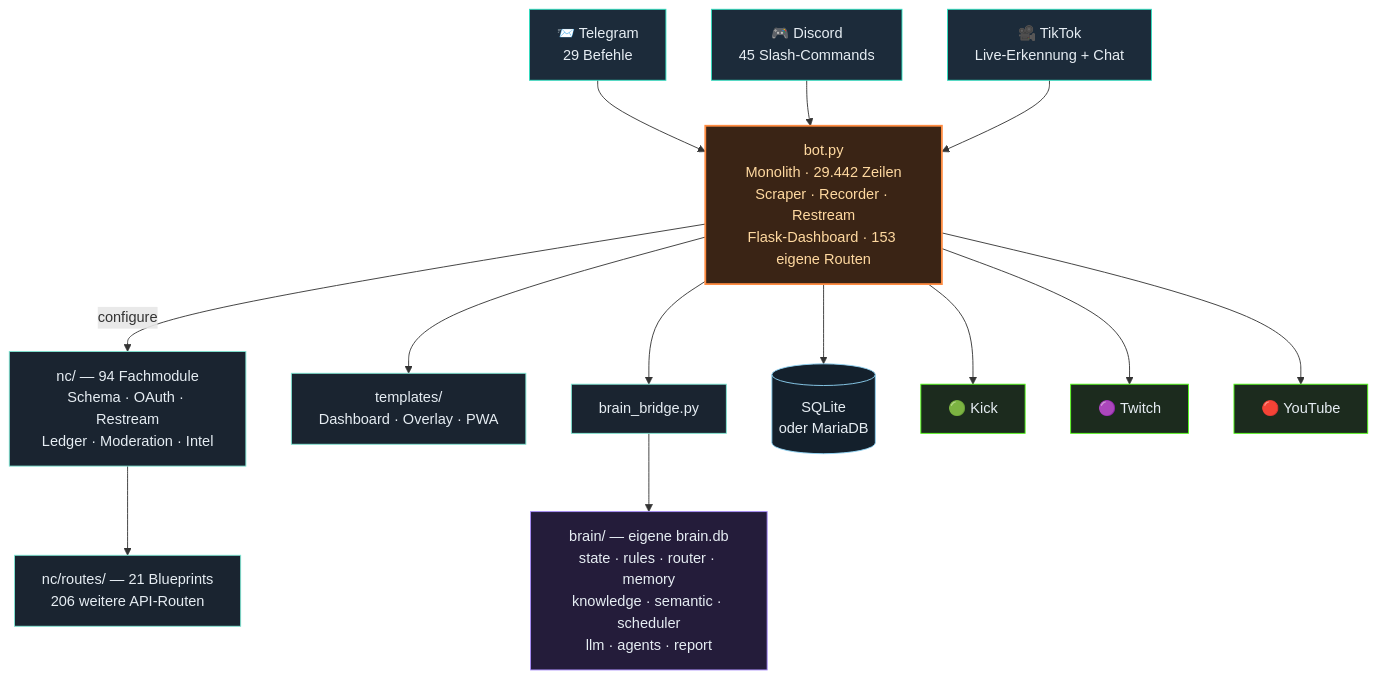
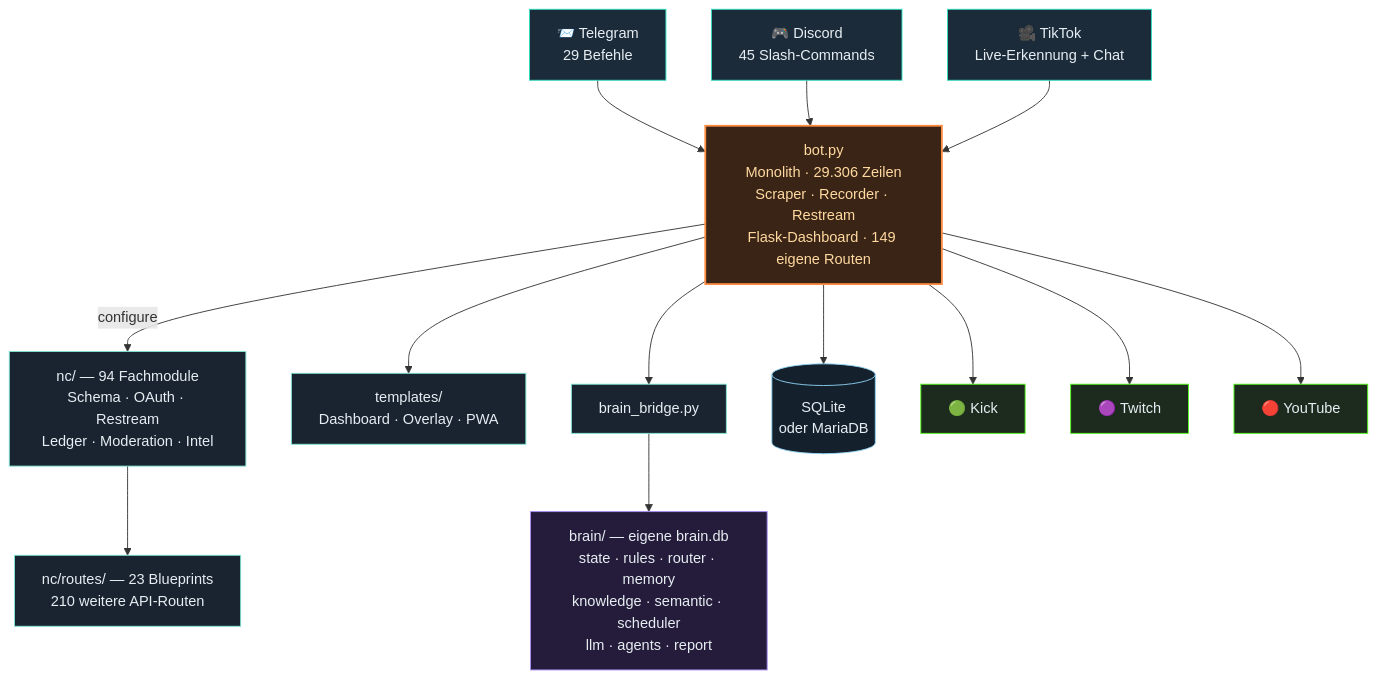
The third of 4 diagrams in README.md (itsamemedev/Telegram-Stream-Info-Bot), drawn with Mermaid before and after one commit. The commit also changed other lines of this file and 14 other files, not shown here.

````diff
--- a/README.md
+++ b/README.md
@@ -189,30 +189,30 @@
 ```mermaid
 flowchart TB
     TG["📨 Telegram<br/>29 Befehle"]:::ein
     DC["🎮 Discord<br/>45 Slash-Commands"]:::ein
     TT["🎥 TikTok<br/>Live-Erkennung + Chat"]:::ein
 
     TG --> BOT
     DC --> BOT
     TT --> BOT
 
-    BOT["bot.py<br/>Monolith · 29.442 Zeilen<br/>Scraper · Recorder · Restream<br/>Flask-Dashboard · 153 eigene Routen"]:::core
+    BOT["bot.py<br/>Monolith · 29.306 Zeilen<br/>Scraper · Recorder · Restream<br/>Flask-Dashboard · 149 eigene Routen"]:::core
 
     BOT -->|configure| NC["nc/ — 94 Fachmodule<br/>Schema · OAuth · Restream<br/>Ledger · Moderation · Intel"]:::lib
-    NC --> RT["nc/routes/ — 21 Blueprints<br/>206 weitere API-Routen"]:::lib
+    NC --> RT["nc/routes/ — 23 Blueprints<br/>210 weitere API-Routen"]:::lib
     BOT --> TPL["templates/<br/>Dashboard · Overlay · PWA"]:::lib
     BOT --> BR["brain_bridge.py"]:::lib
     BR --> BRAIN["brain/ — eigene brain.db<br/>state · rules · router · memory<br/>knowledge · semantic · scheduler<br/>llm · agents · report"]:::brain
     BOT --> DB[("SQLite<br/>oder MariaDB")]:::db
 
     BOT --> KICK["🟢 Kick"]:::out
     BOT --> TW["🟣 Twitch"]:::out
     BOT --> YT["🔴 YouTube"]:::out
 
     classDef ein fill:#1c2b3a,stroke:#2de1c2,color:#e6edf3
     classDef core fill:#3a2415,stroke:#ff8c42,stroke-width:2px,color:#ffd9a0
     classDef lib fill:#1a2430,stroke:#7fe7d4,color:#e6edf3
     classDef brain fill:#241c3a,stroke:#a78bfa,color:#e6edf3
     classDef db fill:#14202c,stroke:#8fd3f4,color:#e6edf3
     classDef out fill:#1c2b1e,stroke:#53fc18,color:#e6edf3
 ```
````
